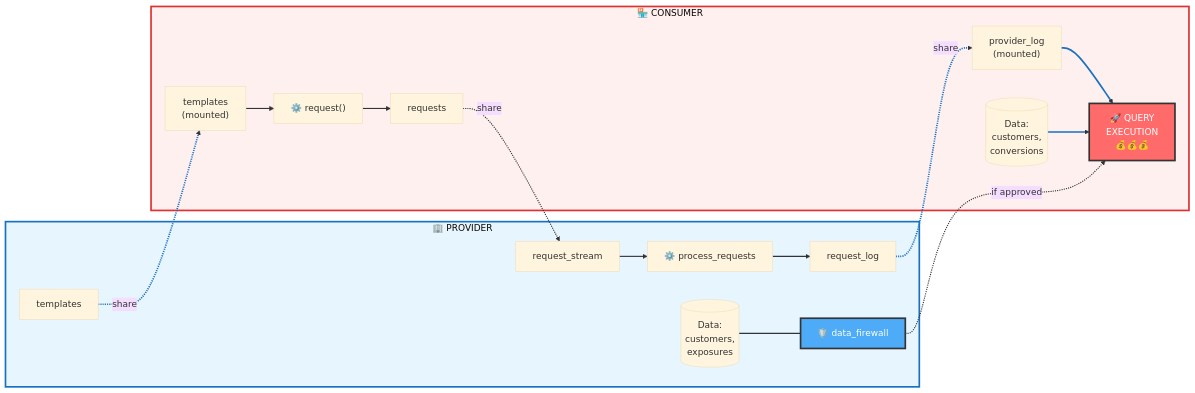
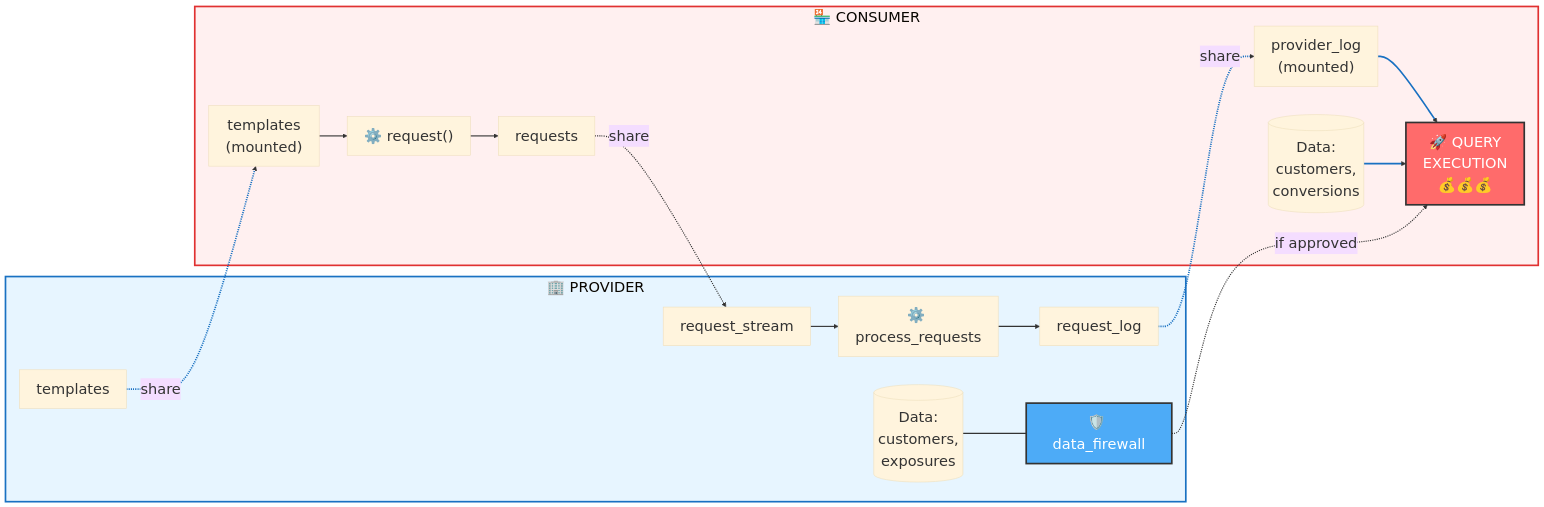
Before and after one commit to sfc-gh-vshiv/sfquickstart-data-clean-room: the first of 4 diagrams in DCR_Flow_and_Cost_Guide.md, drawn with Mermaid. The commit also changed other lines of this file and 1 other file, not shown here.

Commit message:
Update font size and flow direction in DCR Flow and Cost Guide Mermaid diagrams for improved readability and consistency across advertiser and provider sections.

````diff
--- a/DCR_Flow_and_Cost_Guide.md
+++ b/DCR_Flow_and_Cost_Guide.md
@@ -21,41 +21,41 @@
 ```mermaid
-%%{init: {'theme': 'base', 'themeVariables': {'lineColor': '#333333', 'fontSize': '16px'}}}%%
+%%{init: {'theme': 'base', 'themeVariables': {'lineColor': '#333333', 'fontSize': '26px'}}}%%
 flowchart LR
     subgraph PROVIDER["🏢 PROVIDER"]
         PD[("Data:<br/>customers,<br/>exposures")]
         PDF["🛡️ data_firewall"]
         PT["templates"]
         PRL["request_log"]
         PRS["request_stream"]
         PPR["⚙️ process_requests"]
         
         PD --- PDF
         PRS --> PPR --> PRL
     end
     
     subgraph CONSUMER["🏪 CONSUMER"]
         CD[("Data:<br/>customers,<br/>conversions")]
         CT["templates<br/>(mounted)"]
         CPL["provider_log<br/>(mounted)"]
         CRQ["requests"]
         CRP["⚙️ request()"]
         CQE["🚀 QUERY<br/>EXECUTION<br/>💰💰💰"]
         
         CT --> CRP --> CRQ
         CPL --> CQE
         CD --> CQE
     end
     
     PT -.->|"share"| CT
     PRL -.->|"share"| CPL
     CRQ -.->|"share"| PRS
     PDF -.->|"if approved"| CQE
     
     style PROVIDER fill:#e7f5ff,stroke:#1971c2,stroke-width:3px
     style CONSUMER fill:#fff0f0,stroke:#e03131,stroke-width:3px
     style CQE fill:#ff6b6b,stroke:#333,stroke-width:3px,color:#fff
     style PDF fill:#4dabf7,stroke:#333,stroke-width:3px,color:#fff
     
     linkStyle default stroke:#333,stroke-width:2px
     linkStyle 5,6,7,8 stroke:#1971c2,stroke-width:3px
 ```
````
